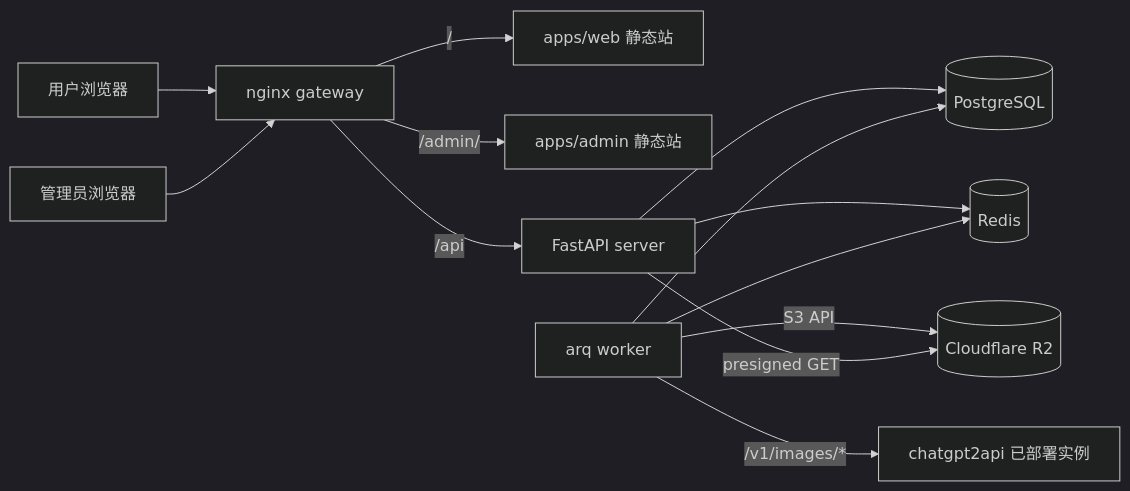
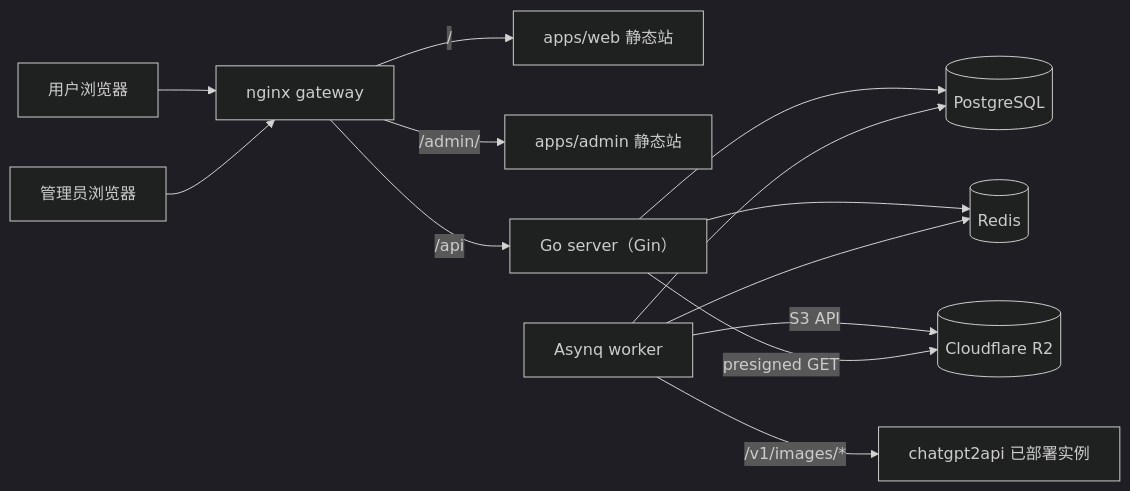
Before and after one commit to BlankLife886/startcloudsai: the diagram in docs/ARCHITECTURE.md, drawn with Mermaid (dark theme). The commit also changed other lines of this file and 103 other files, not shown here.

Commit message:
refactor: 后端改用 Go（Gin + pgx + Asynq）重写，接口契约与前端/后台保持不变

````diff
--- a/docs/ARCHITECTURE.md
+++ b/docs/ARCHITECTURE.md
@@ -5,15 +5,15 @@
 ```mermaid
 flowchart LR
   User[用户浏览器] --> GW[nginx gateway]
   Admin[管理员浏览器] --> GW
   GW -->|/| Web[apps/web 静态站]
   GW -->|/admin/| AdminApp[apps/admin 静态站]
-  GW -->|/api| Server[FastAPI server]
+  GW -->|/api| Server[Go server（Gin）]
   Server --> PG[(PostgreSQL)]
   Server --> RD[(Redis)]
-  Worker[arq worker] --> RD
+  Worker[Asynq worker] --> RD
   Worker --> PG
   Worker -->|/v1/images/*| C2A[chatgpt2api 已部署实例]
   Worker -->|S3 API| R2[(Cloudflare R2)]
   Server -->|presigned GET| R2
 ```
````
